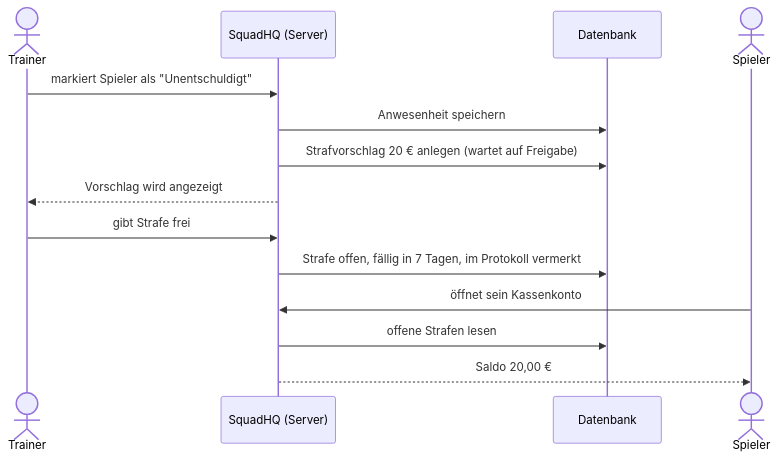
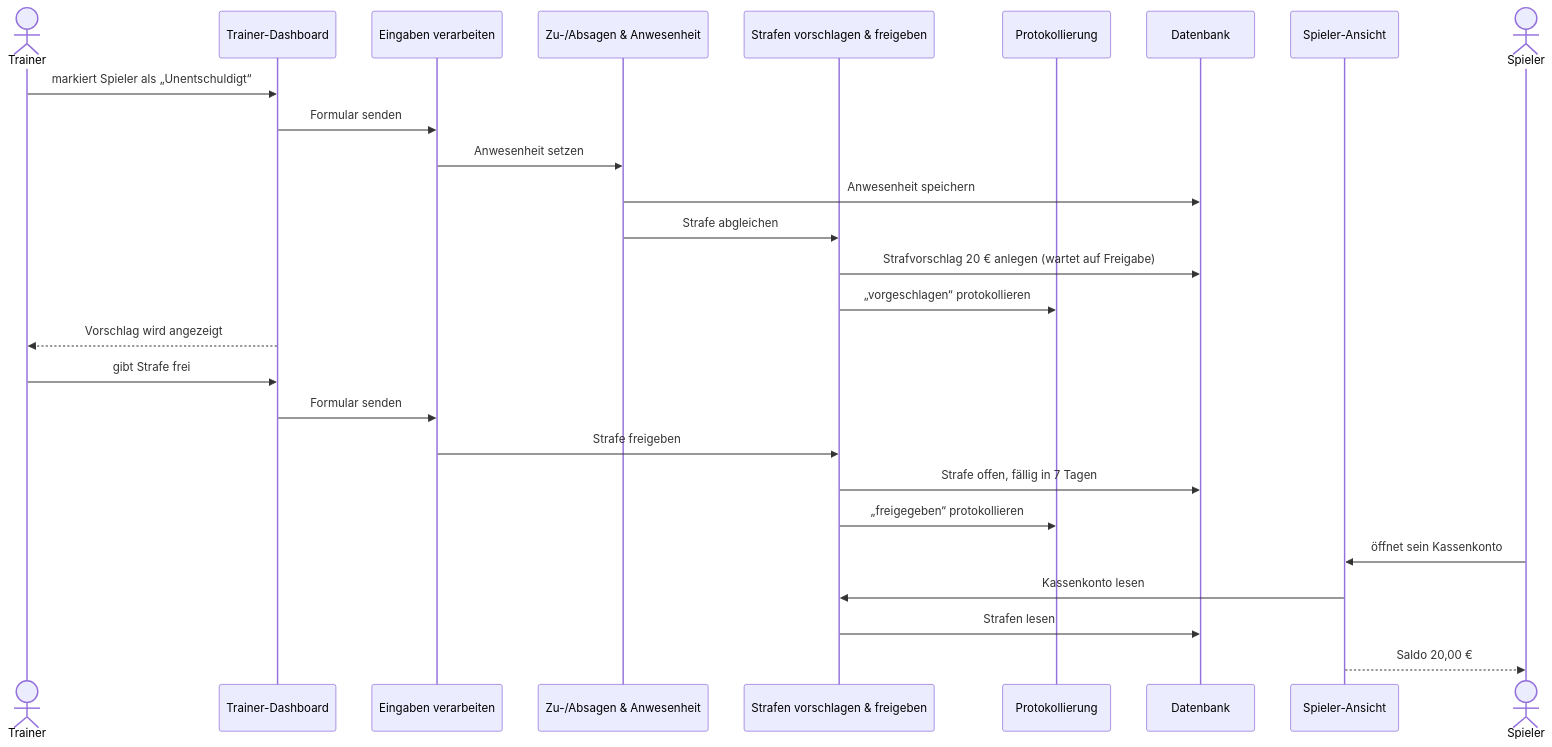
The first of 4 diagrams in docs/architektur/sequenz-pen-02.md (squadhq-team/squadhq-team), drawn with Mermaid before and after one commit. The commit also changed other lines of this file and 14 other files, not shown here.

First line of the commit message:
Diagramme nach P3-Feedback: konkrete Komponenten, Schichten und Diagramme stimmig

````diff
--- a/docs/architektur/sequenz-pen-02.md
+++ b/docs/architektur/sequenz-pen-02.md
@@ -7,17 +7,30 @@
 ```mermaid
 sequenceDiagram
   actor T as Trainer
-  participant App as SquadHQ (Server)
+  participant TD as Trainer-Dashboard
+  participant ACT as Eingaben verarbeiten
+  participant ATT as Zu-/Absagen & Anwesenheit
+  participant PEN as Strafen vorschlagen & freigeben
+  participant AUD as Protokollierung
   participant DB as Datenbank
+  participant SP as Spieler-Ansicht
   actor S as Spieler
 
-  T->>App: markiert Spieler als "Unentschuldigt"
-  App->>DB: Anwesenheit speichern
-  App->>DB: Strafvorschlag 20 € anlegen (wartet auf Freigabe)
-  App-->>T: Vorschlag wird angezeigt
-  T->>App: gibt Strafe frei
-  App->>DB: Strafe offen, fällig in 7 Tagen, im Protokoll vermerkt
-  S->>App: öffnet sein Kassenkonto
-  App->>DB: offene Strafen lesen
-  App-->>S: Saldo 20,00 €
+  T->>TD: markiert Spieler als „Unentschuldigt“
+  TD->>ACT: Formular senden
+  ACT->>ATT: Anwesenheit setzen
+  ATT->>DB: Anwesenheit speichern
+  ATT->>PEN: Strafe abgleichen
+  PEN->>DB: Strafvorschlag 20 € anlegen (wartet auf Freigabe)
+  PEN->>AUD: „vorgeschlagen“ protokollieren
+  TD-->>T: Vorschlag wird angezeigt
+  T->>TD: gibt Strafe frei
+  TD->>ACT: Formular senden
+  ACT->>PEN: Strafe freigeben
+  PEN->>DB: Strafe offen, fällig in 7 Tagen
+  PEN->>AUD: „freigegeben“ protokollieren
+  S->>SP: öffnet sein Kassenkonto
+  SP->>PEN: Kassenkonto lesen
+  PEN->>DB: Strafen lesen
+  SP-->>S: Saldo 20,00 €
 ```
````
